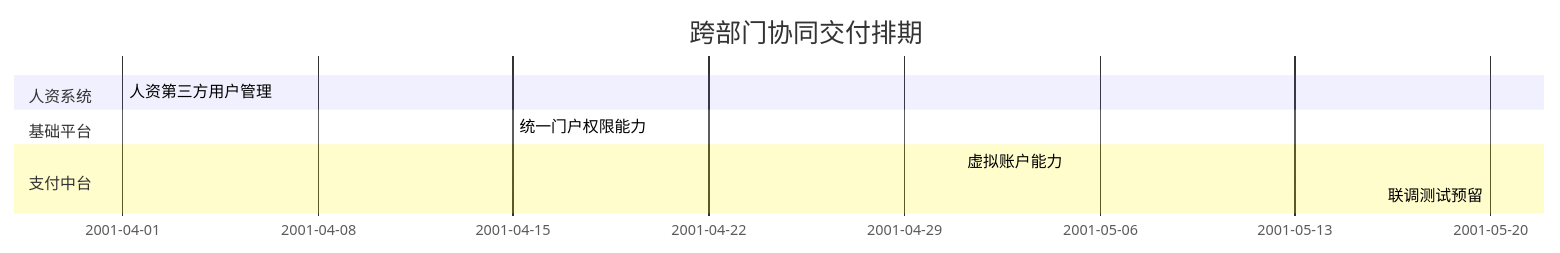
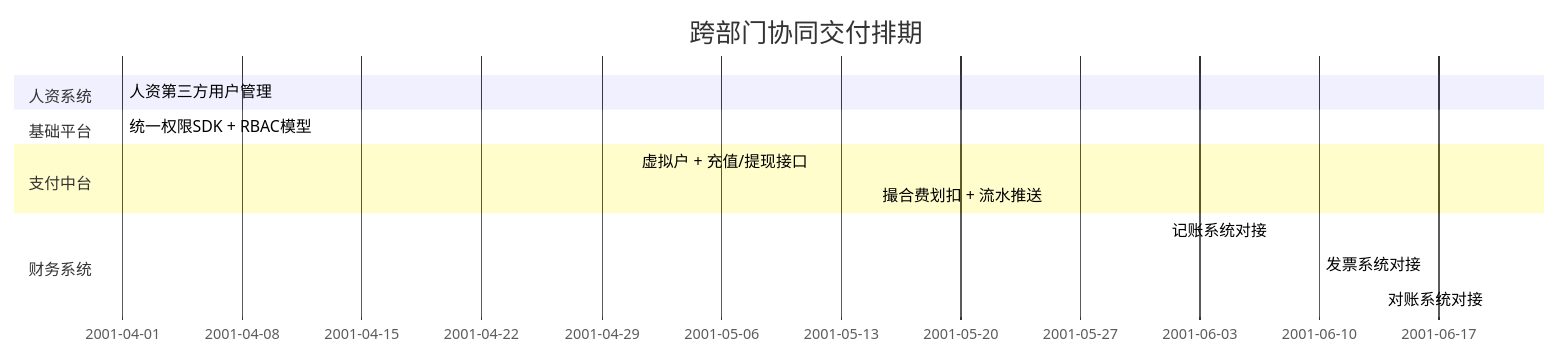
The diagram in apps/pc/public/prd-docs/跨部门协同PRD.md (LinYuanxia/gongchengcang), drawn with Mermaid before and after one commit. The commit also changed other lines of this file, not shown here.

````diff
--- a/apps/pc/public/prd-docs/跨部门协同PRD.md
+++ b/apps/pc/public/prd-docs/跨部门协同PRD.md
@@ -161,15 +122,20 @@
 ```mermaid
 gantt
     title 跨部门协同交付排期
     dateFormat  MM-DD
     
     section 人资系统
     人资第三方用户管理           :done, 4-01, 4-30
     
     section 基础平台
-    统一门户权限能力             :active, 4-15, 5-30
+    统一权限SDK + RBAC模型      :done, 4-01, 5-05
     
     section 支付中台
-    虚拟账户能力                :crit, 5-01, 5-30
-    联调测试预留                :5-20, 6-10
+    虚拟户 + 充值/提现接口      :active, 5-01, 5-31
+    撮合费划扣 + 流水推送        :5-15, 6-15
+    
+    section 财务系统
+    记账系统对接                 :6-01, 6-20
+    发票系统对接                 :6-10, 6-30
+    对账系统对接                 :6-20, 6-30
 ```
````
